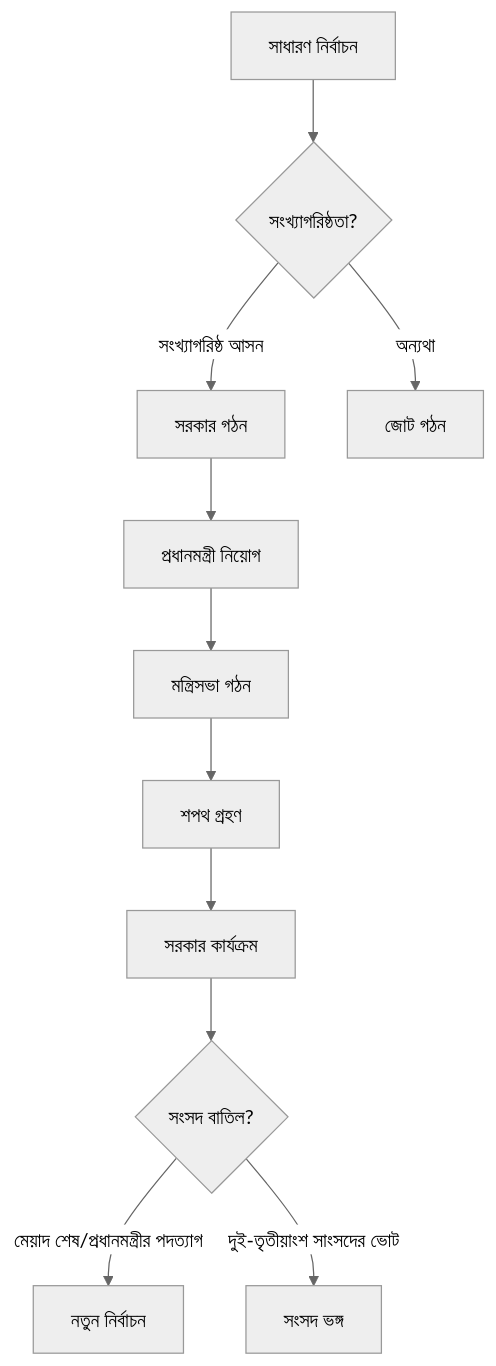
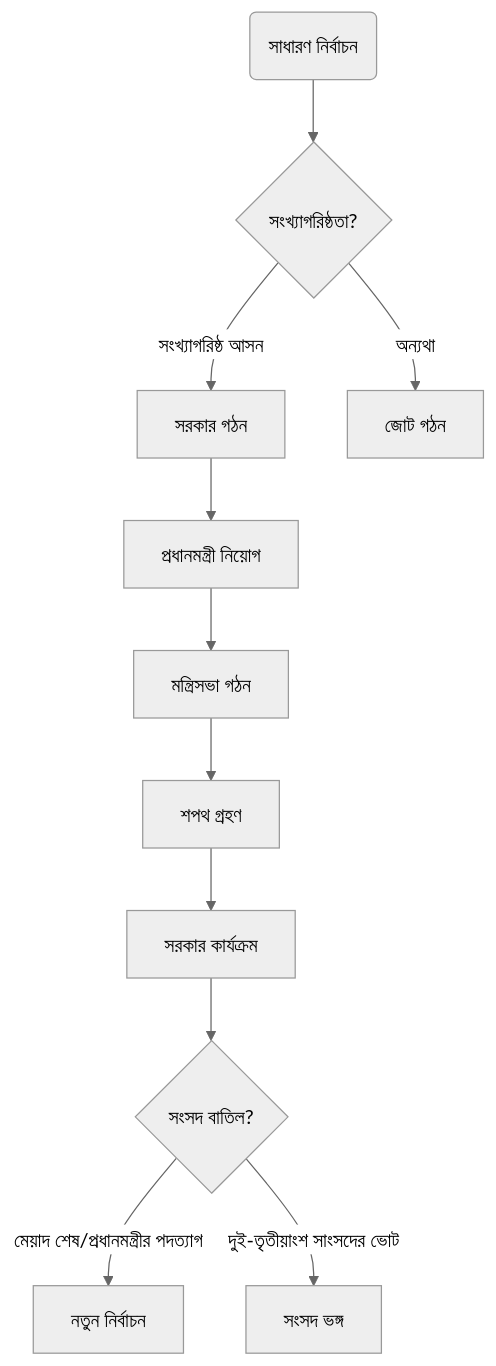
Before and after one commit to hasibulhasan1542/Obsidian: the fifth of 6 diagrams in Draftt.md, drawn with Mermaid (neutral theme). The commit also changed other lines of this file and 5 other files, not shown here.

````diff
--- a/Draftt.md
+++ b/Draftt.md
@@ -56,14 +56,14 @@
 ```mermaid
 flowchart TD
-    A[সাধারণ নির্বাচন] 
+    A(সাধারণ নির্বাচন) 
     A --> D{সংখ্যাগরিষ্ঠতা?}
     D -->|সংখ্যাগরিষ্ঠ আসন| E[সরকার গঠন]
     D -->|অন্যথা| F[জোট গঠন]
     E --> G["প্রধানমন্ত্রী নিয়োগ"]
     G --> H[মন্ত্রিসভা গঠন]
     H --> I[শপথ গ্রহণ]
     I --> J[সরকার কার্যক্রম]
     J --> K{সংসদ বাতিল?}
     K -->|মেয়াদ শেষ/প্রধানমন্ত্রীর পদত্যাগ| L[নতুন নির্বাচন]
     K -->|দুই-তৃতীয়াংশ সাংসদের ভোট| M[সংসদ ভঙ্গ]
 ```
````
